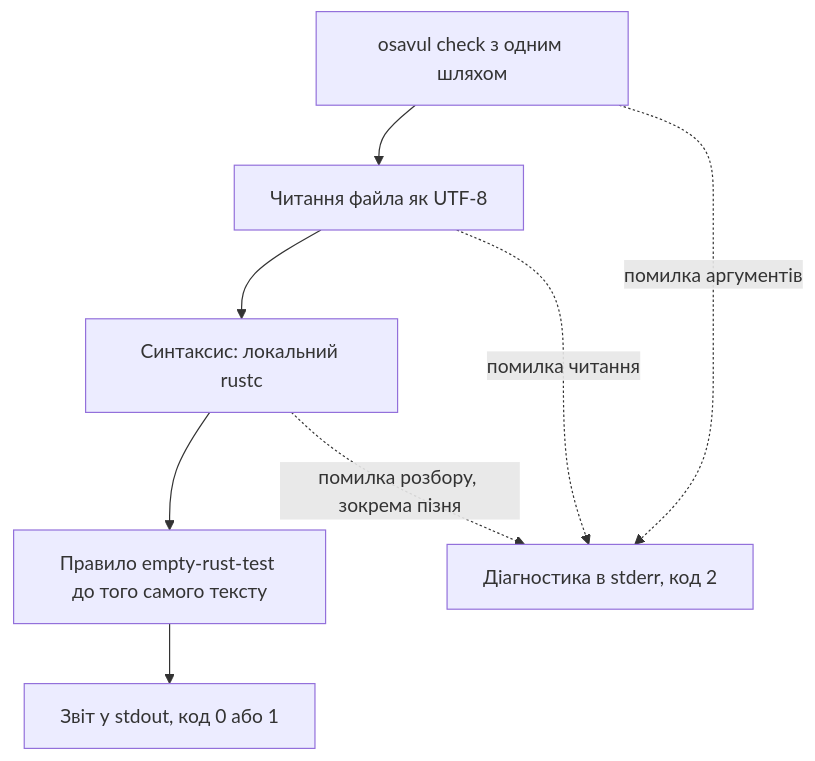
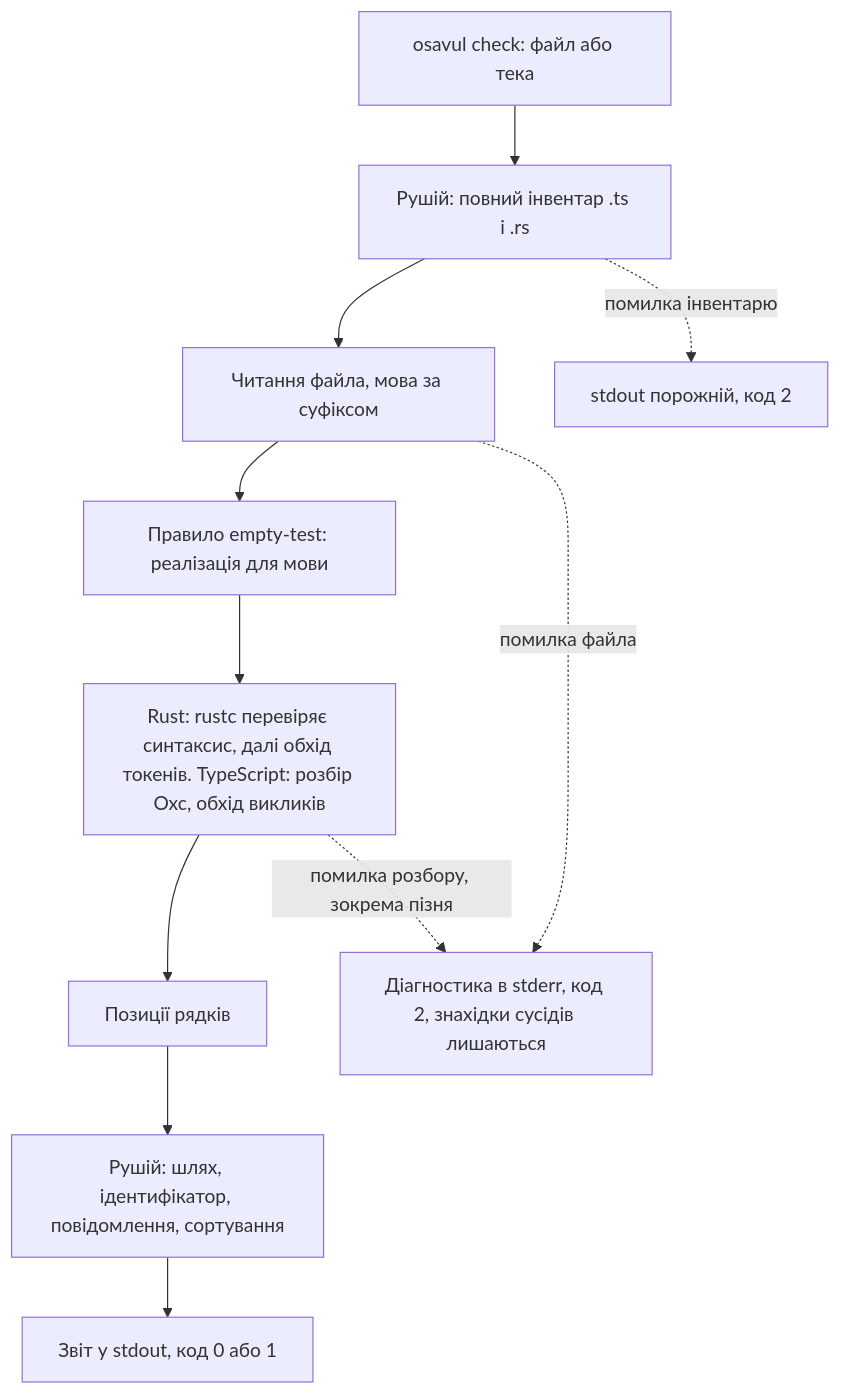
One commit to maksym-shpak/osavul changed the first of 2 diagrams in docs/architecture/overview.md. Above: the diagram before and after it, drawn with Mermaid. The commit also changed other lines of this file and 24 other files, not shown here.

First line of the commit message:
feat(check): run empty-test on Rust and TypeScript files (#16)

````diff
--- a/docs/architecture/overview.md
+++ b/docs/architecture/overview.md
@@ -3,10 +3,13 @@
 ```mermaid
 flowchart TD
-  CMD["osavul check з одним шляхом"] --> READ["Читання файла як UTF-8"]
-  READ --> SYN["Синтаксис: локальний rustc"]
-  SYN --> RULE["Правило empty-rust-test до того самого тексту"]
-  RULE --> OUT["Звіт у stdout, код 0 або 1"]
-  CMD -. помилка аргументів .-> ERR
-  READ -. помилка читання .-> ERR
-  SYN -. помилка розбору, зокрема пізня .-> ERR["Діагностика в stderr, код 2"]
+  CMD["osavul check: файл або тека"] --> INV["Рушій: повний інвентар .ts і .rs"]
+  INV --> READ["Читання файла, мова за суфіксом"]
+  READ --> RULE["Правило empty-test: реалізація для мови"]
+  RULE --> SYN["Rust: rustc перевіряє синтаксис, далі обхід токенів. TypeScript: розбір Oxc, обхід викликів"]
+  SYN --> POS["Позиції рядків"]
+  POS --> ENG["Рушій: шлях, ідентифікатор, повідомлення, сортування"]
+  ENG --> OUT["Звіт у stdout, код 0 або 1"]
+  INV -. помилка інвентарю .-> FATAL["stdout порожній, код 2"]
+  READ -. помилка файла .-> FILEERR["Діагностика в stderr, код 2, знахідки сусідів лишаються"]
+  SYN -. помилка розбору, зокрема пізня .-> FILEERR
 ```
````
